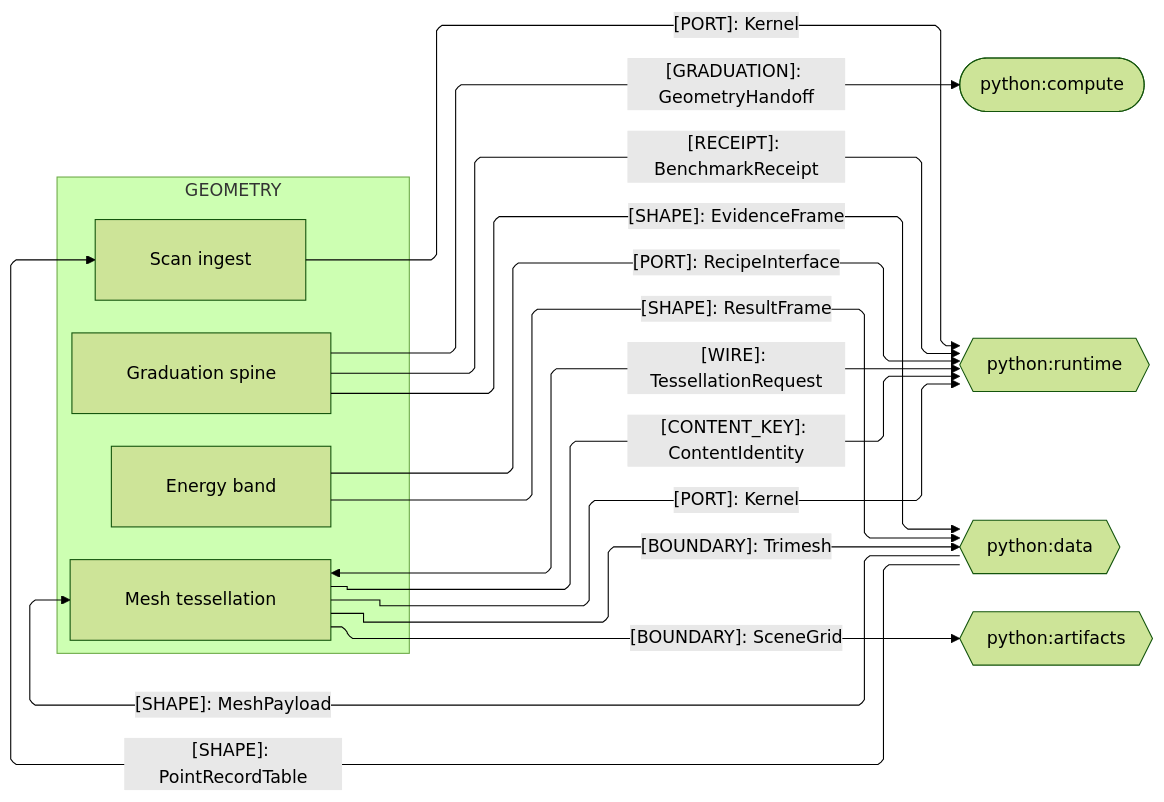
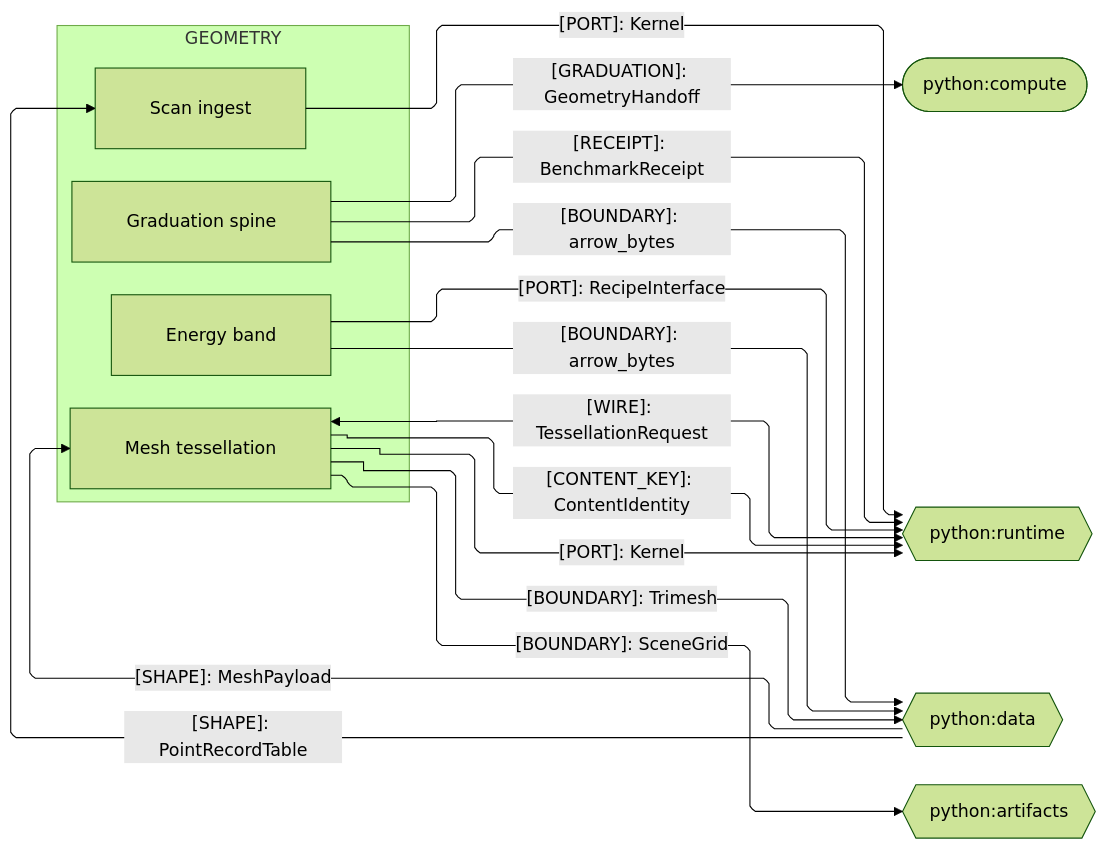
The second of 3 diagrams in libs/python/geometry/ARCHITECTURE.md (bsamiee/Rasm), drawn with Mermaid (forest theme) before and after one commit. The commit also changed other lines of this file and 124 other files, not shown here.

First line of the commit message:
planning registries: ARCHITECTURE/README/IDEAS/TASKLOG/RULINGS + csproj, campaign-method, CLAUDE.md

````diff
--- a/libs/python/geometry/ARCHITECTURE.md
+++ b/libs/python/geometry/ARCHITECTURE.md
@@ -74,35 +74,35 @@
 ```mermaid
 ---
 config:
   layout: elk
   flowchart:
     curve: linear
     padding: 25
 ---
 flowchart LR
     accTitle: Geometry Python sibling seams
-    accDescr: Geometry sub-domain owners exchanging graduation receipts, tessellation registry rows, mesh payloads, point records, a recipe port, benchmark receipts, HOSTILE kernel crossings, and result frames with the Python compute, runtime, data, and artifacts siblings, one labeled edge per contract family.
+    accDescr: Geometry sub-domain owners exchanging graduation receipts, tessellation registry rows, mesh payloads, point records, a recipe port, benchmark receipts, HOSTILE kernel crossings, and arrow-serialized evidence frames with the Python compute, runtime, data, and artifacts siblings, one labeled edge per contract family.
     subgraph geometry[GEOMETRY]
         Graduation[Graduation spine]
         Mesh[Mesh tessellation]
         Scan[Scan ingest]
         Energy[Energy band]
     end
     Compute([python:compute])
     Runtime{{python:runtime}}
     Data{{python:data}}
     Artifacts{{python:artifacts}}
     Graduation e1@-->|"[GRADUATION]: GeometryHandoff"| Compute
-    Graduation e10@-->|"[SHAPE]: EvidenceFrame"| Data
+    Graduation e10@-->|"[BOUNDARY]: arrow_bytes"| Data
     Mesh e2@<-->|"[WIRE]: TessellationRequest"| Runtime
     Mesh e3@-->|"[CONTENT_KEY]: ContentIdentity"| Runtime
     Data e4@-->|"[SHAPE]: MeshPayload"| Mesh
     Mesh e5@-->|"[BOUNDARY]: Trimesh"| Data
     Mesh e6@-->|"[BOUNDARY]: SceneGrid"| Artifacts
     Data e7@-->|"[SHAPE]: PointRecordTable"| Scan
     Energy e8@-->|"[PORT]: RecipeInterface"| Runtime
-    Energy e9@-->|"[SHAPE]: ResultFrame"| Data
+    Energy e9@-->|"[BOUNDARY]: arrow_bytes"| Data
     Graduation e11@-->|"[RECEIPT]: BenchmarkReceipt"| Runtime
     Mesh e12@-->|"[PORT]: Kernel"| Runtime
     Scan e13@-->|"[PORT]: Kernel"| Runtime
 ```
````
